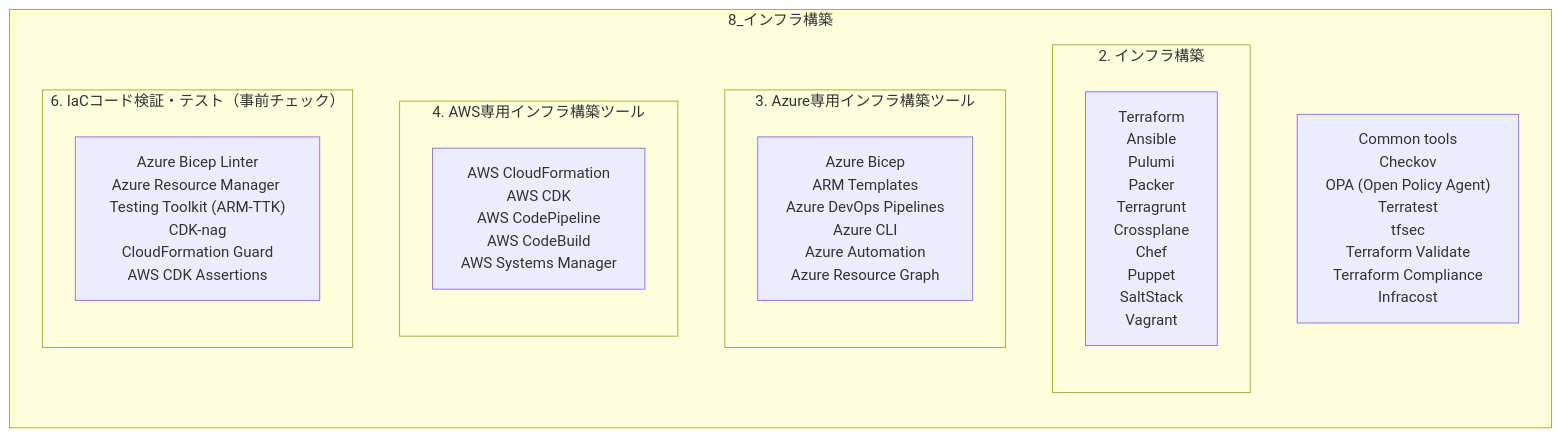
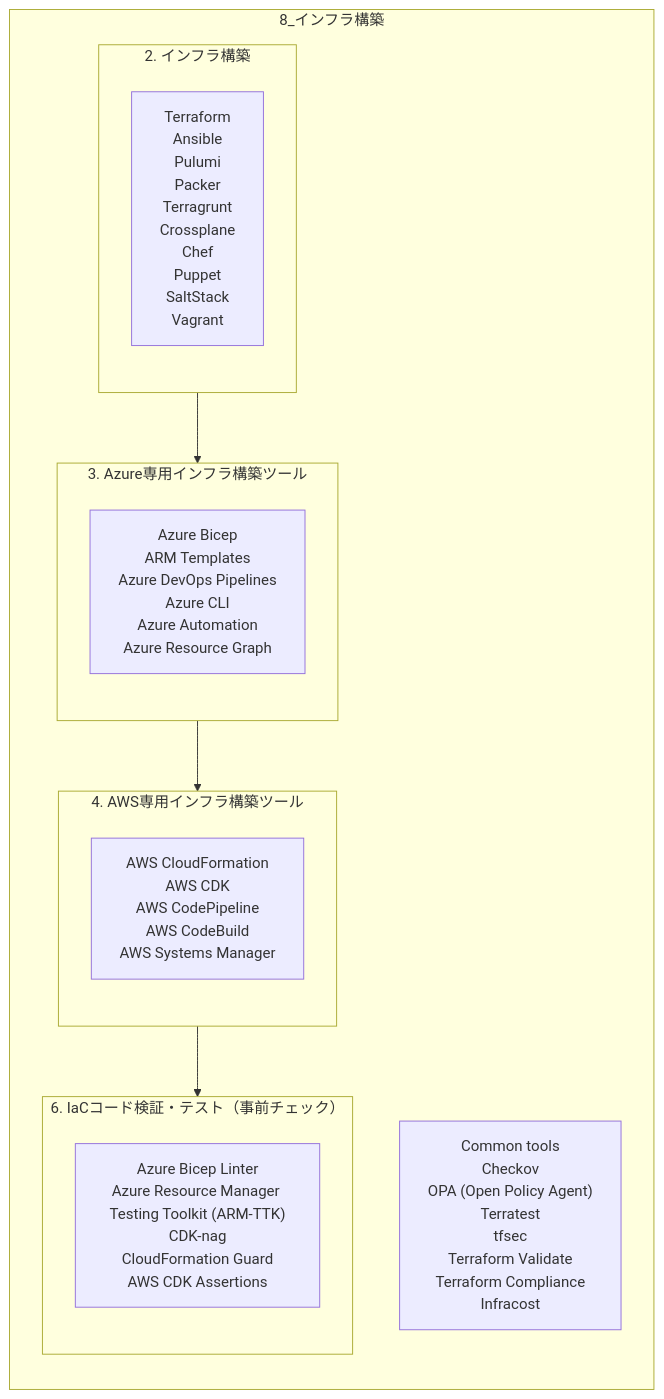
Before and after one commit to infinith4/dev-moderndev: the ninth of 13 diagrams in docs/dev_process_mermaid.md, drawn with Mermaid. The commit also changed other lines of this file, not shown here.

````diff
--- a/docs/dev_process_mermaid.md
+++ b/docs/dev_process_mermaid.md
@@ -206,24 +229,25 @@
 ```mermaid
 %%{init: {'flowchart': {'htmlLabels': true}}}%%
 flowchart TB
     subgraph P8[8_インフラ構築]
         direction TB
         P8_common["Common tools<br/>Checkov<br/>OPA (Open Policy Agent)<br/>Terratest<br/>tfsec<br/>Terraform Validate<br/>Terraform Compliance<br/>Infracost"]
         subgraph P8s1[2. インフラ構築]
             direction TB
             P8s1_t["Terraform<br/>Ansible<br/>Pulumi<br/>Packer<br/>Terragrunt<br/>Crossplane<br/>Chef<br/>Puppet<br/>SaltStack<br/>Vagrant"]
         end
         subgraph P8s2[3. Azure専用インフラ構築ツール]
             direction TB
             P8s2_t["Azure Bicep<br/>ARM Templates<br/>Azure DevOps Pipelines<br/>Azure CLI<br/>Azure Automation<br/>Azure Resource Graph"]
         end
         subgraph P8s3[4. AWS専用インフラ構築ツール]
             direction TB
             P8s3_t["AWS CloudFormation<br/>AWS CDK<br/>AWS CodePipeline<br/>AWS CodeBuild<br/>AWS Systems Manager"]
         end
         subgraph P8s4[6. IaCコード検証・テスト（事前チェック）]
             direction TB
             P8s4_t["Azure Bicep Linter<br/>Azure Resource Manager Testing Toolkit (ARM-TTK)<br/>CDK-nag<br/>CloudFormation Guard<br/>AWS CDK Assertions"]
         end
+        P8s1 --> P8s2 --> P8s3 --> P8s4
     end
 ```
````
